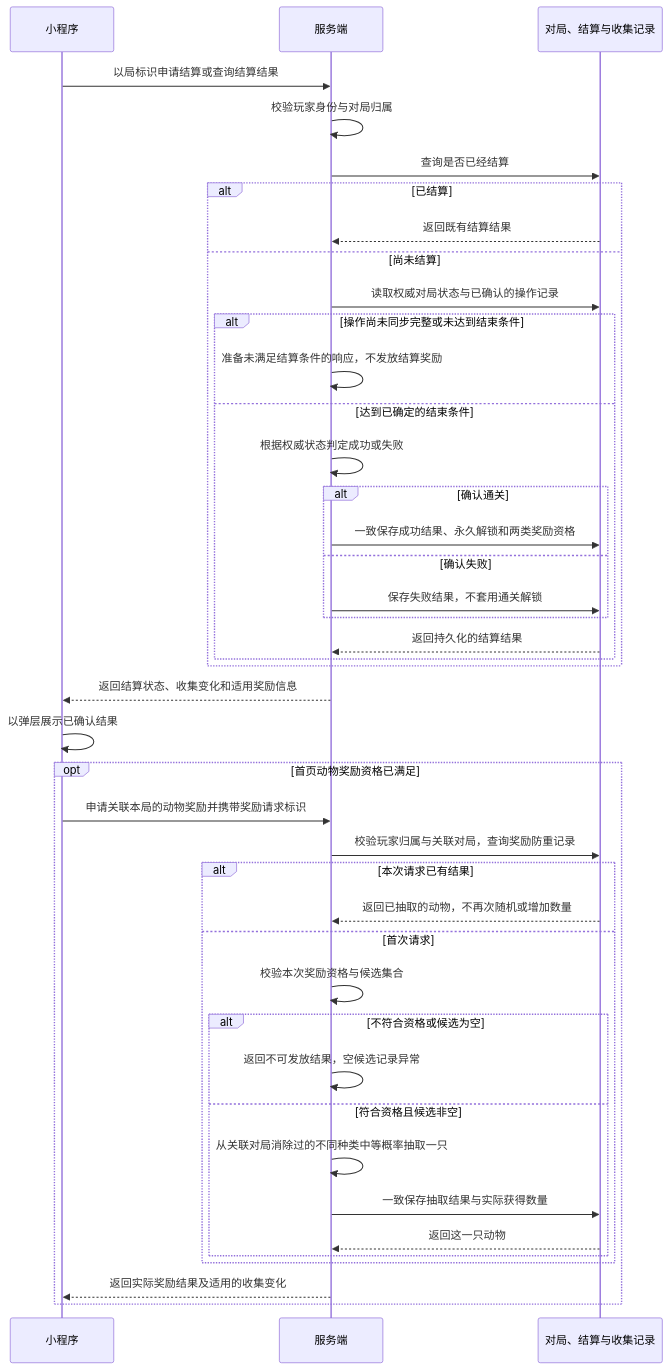
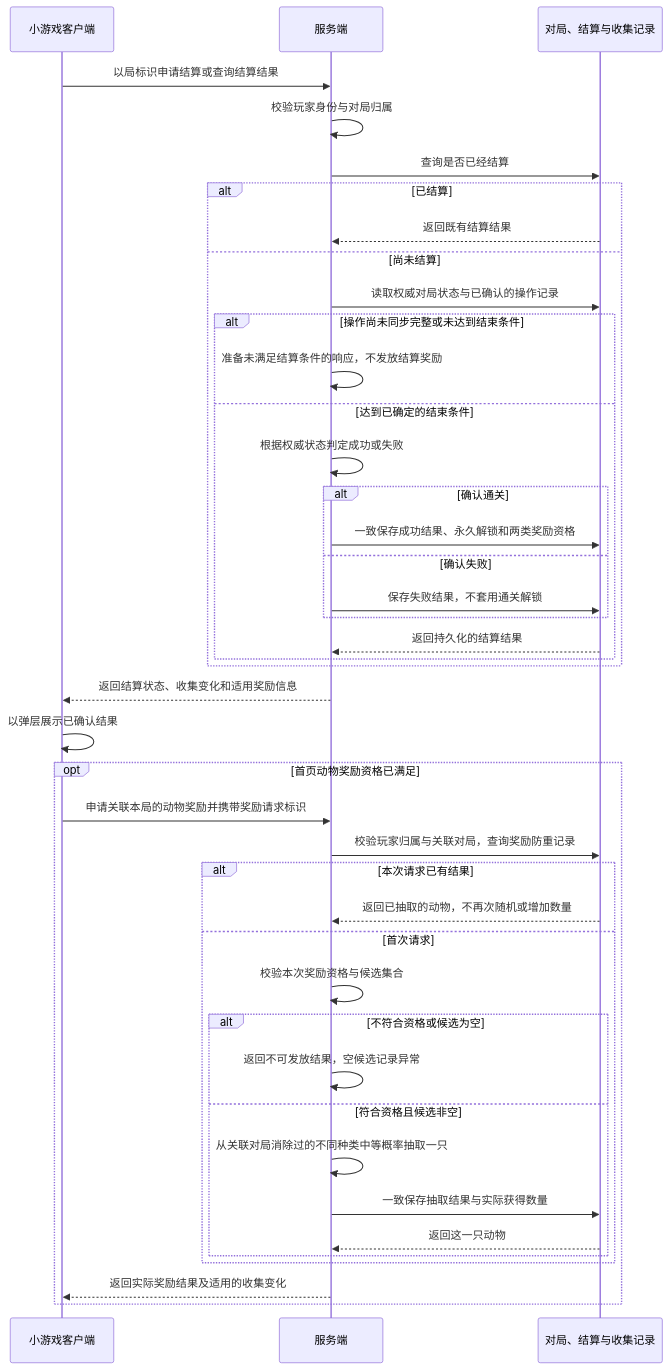
One commit to thundax-lyp/pretzel changed the fifth of 6 diagrams in docs/20-interfaces/GAME-CONTRACT.md. Above: the diagram before and after it, drawn with Mermaid. The commit also changed other lines of this file and 4 other files, not shown here.

````diff
--- a/docs/20-interfaces/GAME-CONTRACT.md
+++ b/docs/20-interfaces/GAME-CONTRACT.md
@@ -269,44 +269,44 @@
 ```mermaid
 sequenceDiagram
-    participant C as 小程序
+    participant C as 小游戏客户端
     participant S as 服务端
     participant D as 对局、结算与收集记录
     C->>S: 以局标识申请结算或查询结算结果
     S->>S: 校验玩家身份与对局归属
     S->>D: 查询是否已经结算
     alt 已结算
         D-->>S: 返回既有结算结果
     else 尚未结算
         S->>D: 读取权威对局状态与已确认的操作记录
         alt 操作尚未同步完整或未达到结束条件
             S->>S: 准备未满足结算条件的响应，不发放结算奖励
         else 达到已确定的结束条件
             S->>S: 根据权威状态判定成功或失败
             alt 确认通关
                 S->>D: 一致保存成功结果、永久解锁和两类奖励资格
             else 确认失败
                 S->>D: 保存失败结果，不套用通关解锁
             end
             D-->>S: 返回持久化的结算结果
         end
     end
     S-->>C: 返回结算状态、收集变化和适用奖励信息
     C->>C: 以弹层展示已确认结果
     opt 首页动物奖励资格已满足
         C->>S: 申请关联本局的动物奖励并携带奖励请求标识
         S->>D: 校验玩家归属与关联对局，查询奖励防重记录
         alt 本次请求已有结果
             D-->>S: 返回已抽取的动物，不再次随机或增加数量
         else 首次请求
             S->>S: 校验本次奖励资格与候选集合
             alt 不符合资格或候选为空
                 S->>S: 返回不可发放结果，空候选记录异常
             else 符合资格且候选非空
                 S->>S: 从关联对局消除过的不同种类中等概率抽取一只
                 S->>D: 一致保存抽取结果与实际获得数量
                 D-->>S: 返回这一只动物
             end
         end
         S-->>C: 返回实际奖励结果及适用的收集变化
     end
 ```
````
